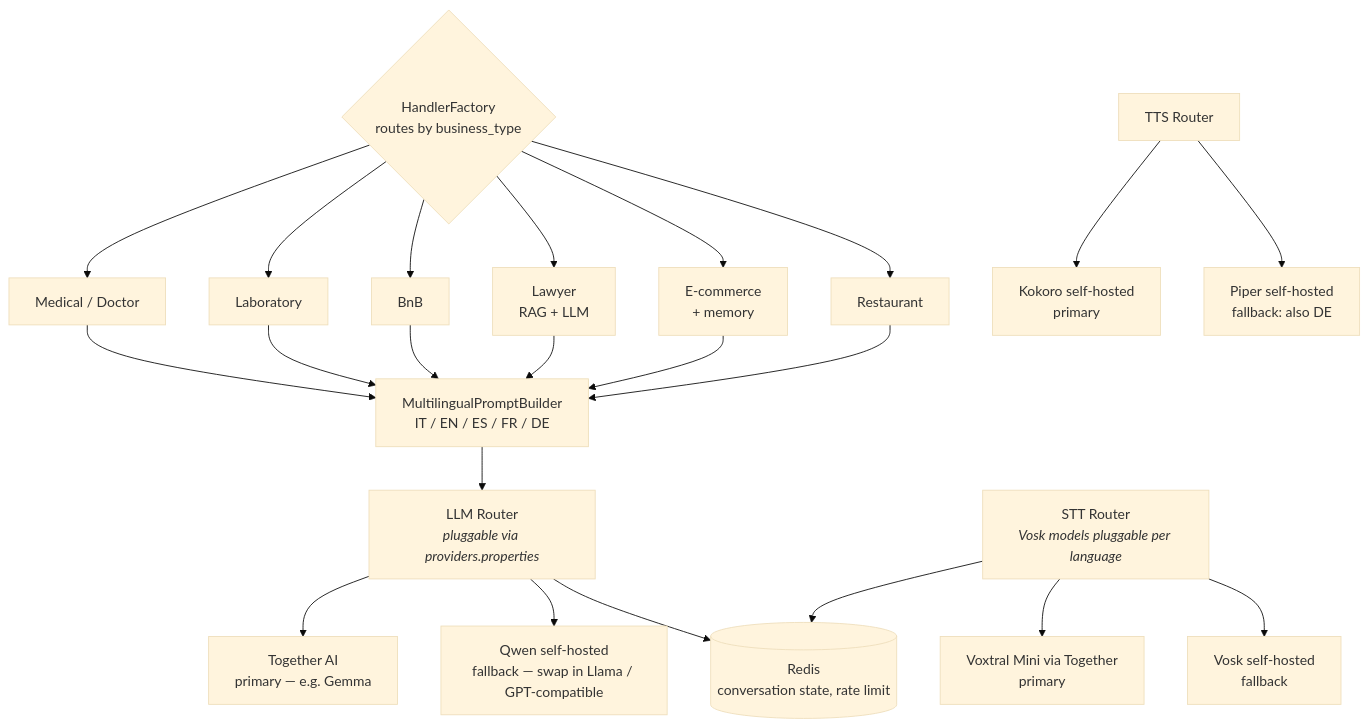
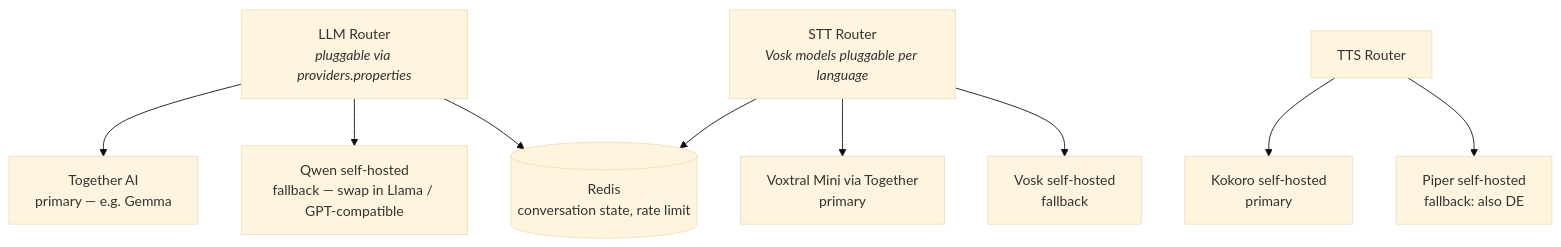
The third of 3 diagrams in README.md (cloud-fullstack/architecture), drawn with Mermaid (base theme) before and after one commit.

````diff
--- a/README.md
+++ b/README.md
@@ -55,37 +79,18 @@
 ```mermaid
 graph TB
-    HF{HandlerFactory<br/>routes by business_type}
-
-    HF --> H1[Medical / Doctor]
-    HF --> H2[Laboratory]
-    HF --> H3[BnB]
-    HF --> H4[Lawyer<br/>RAG + LLM]
-    HF --> H5[E-commerce<br/>+ memory]
-    HF --> H6[Restaurant]
-
-    H1 --> MPB
-    H2 --> MPB
-    H3 --> MPB
-    H4 --> MPB
-    H5 --> MPB
-    H6 --> MPB
-
-    MPB[MultilingualPromptBuilder<br/>IT / EN / ES / FR / DE]
-    MPB --> LLMR
-
     LLMR[LLM Router<br/><i>pluggable via providers.properties</i>]
     LLMR --> LLMP1[Together AI<br/>primary — e.g. Gemma]
     LLMR --> LLMP2[Qwen self-hosted<br/>fallback — swap in Llama / GPT-compatible]
     LLMR --> REDIS
 
     STTR[STT Router<br/><i>Vosk models pluggable per language</i>]
     STTR --> STTP1[Voxtral Mini via Together<br/>primary]
     STTR --> STTP2[Vosk self-hosted<br/>fallback]
     STTR --> REDIS
 
     TTSR[TTS Router]
     TTSR --> TTSP1[Kokoro self-hosted<br/>primary]
     TTSR --> TTSP2[Piper self-hosted<br/>fallback: also DE]
 
     REDIS[(Redis<br/>conversation state, rate limit)]
 ```
````
